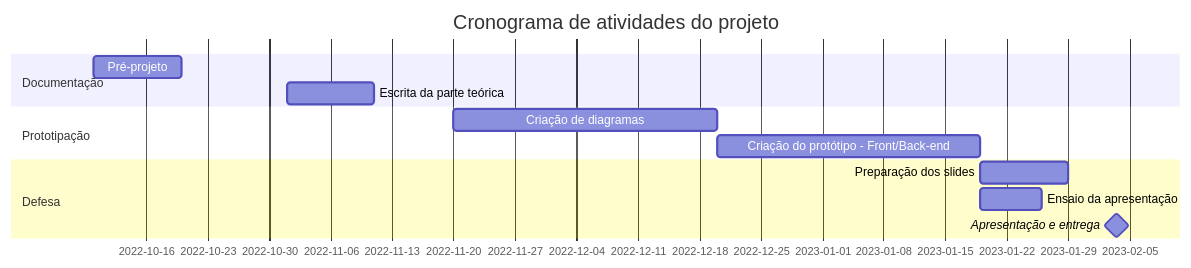
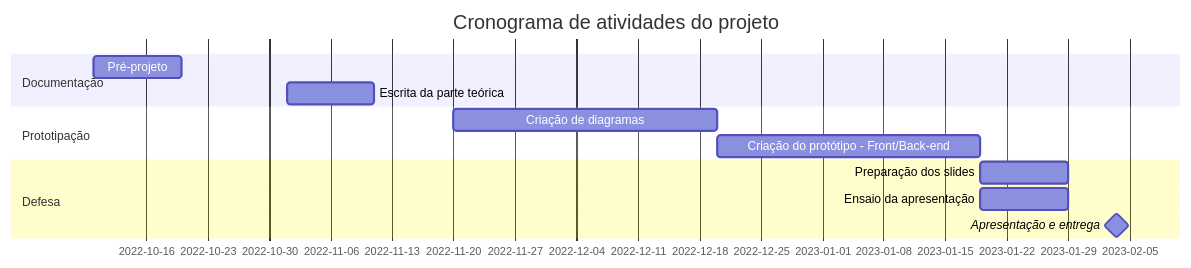
Before and after one commit to AgathaSena/Projeto-Integrador: the diagram in README.md, drawn with Mermaid. The commit also changed other lines of this file, not shown here.

````diff
--- a/README.md
+++ b/README.md
@@ -5,15 +5,15 @@
   ```mermaid
     gantt
     title Cronograma de atividades do projeto
     dateFormat  YYYY-MM-DD
     section Documentação
     Pré-projeto     :a1, 2022-10-10, 10d
     Escrita da parte teórica  :a2, 2022-11-01, 10d
     section Prototipação
     Criação de diagramas     :       c2,  2022-11-20, 30d
     Criação do protótipo - Front/Back-end      :c3,     after c2, 30d
     section Defesa
     Preparação dos slides :p1, after c3, 10d
-    Ensaio da apresentação :p2, after c3, 7d
+    Ensaio da apresentação :p2, after c3, 10d
     Apresentação e entrega  :milestone, 2023-02-01, 5d
 ``` 
````
